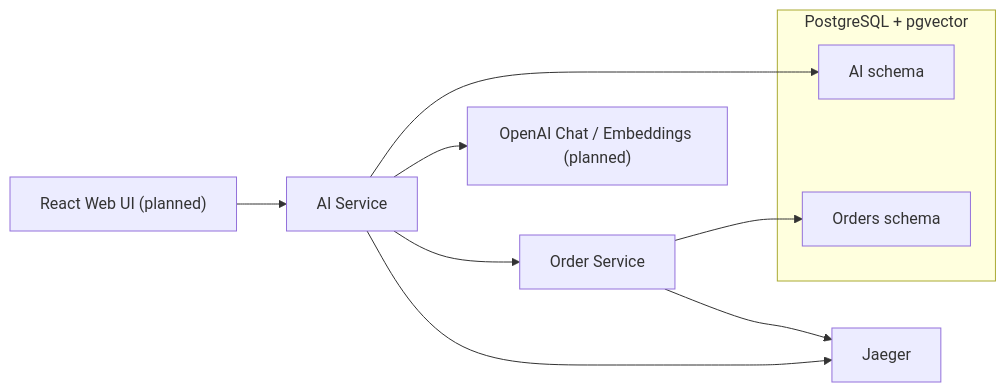
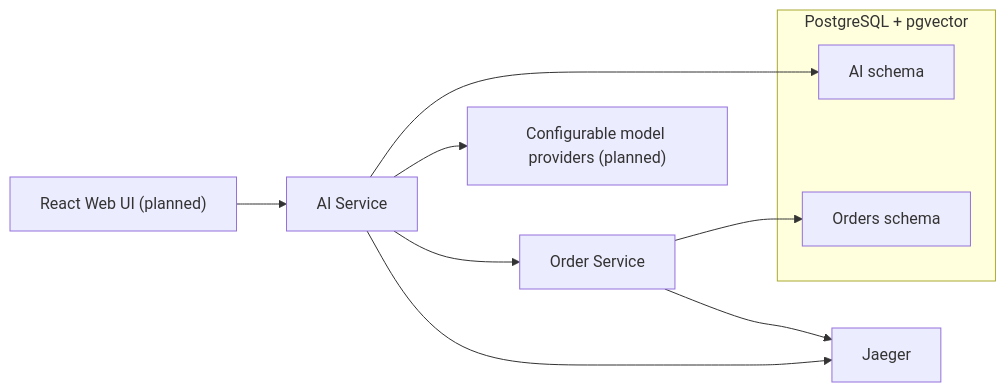
Before and after one commit to Kamatari-rin/ai-assistant: the first of 7 diagrams in docs/ARCHITECTURE.md, drawn with Mermaid. The commit also changed other lines of this file and 3 other files, not shown here.

````diff
--- a/docs/ARCHITECTURE.md
+++ b/docs/ARCHITECTURE.md
@@ -25,15 +25,15 @@
 ```mermaid
 flowchart LR
     UI["React Web UI (planned)"] --> AI["AI Service"]
     AI --> OS["Order Service"]
-    AI --> OpenAI["OpenAI Chat / Embeddings (planned)"]
+    AI --> LLM["Configurable model providers (planned)"]
     AI --> AIDB["AI schema"]
     OS --> ODB["Orders schema"]
     AI --> Jaeger["Jaeger"]
     OS --> Jaeger
 
     subgraph PostgreSQL["PostgreSQL + pgvector"]
         AIDB
         ODB
     end
 ```
````
